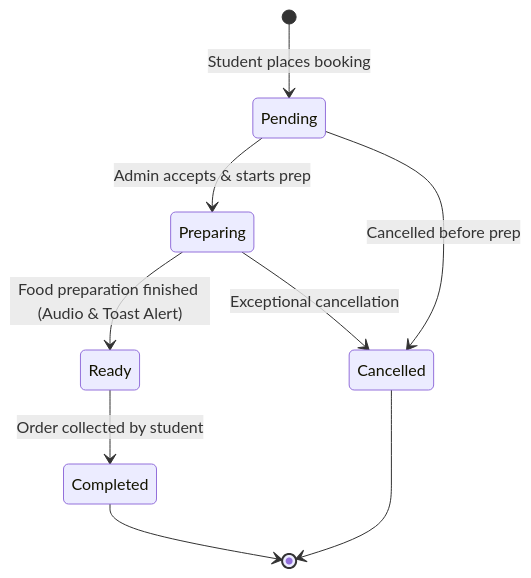
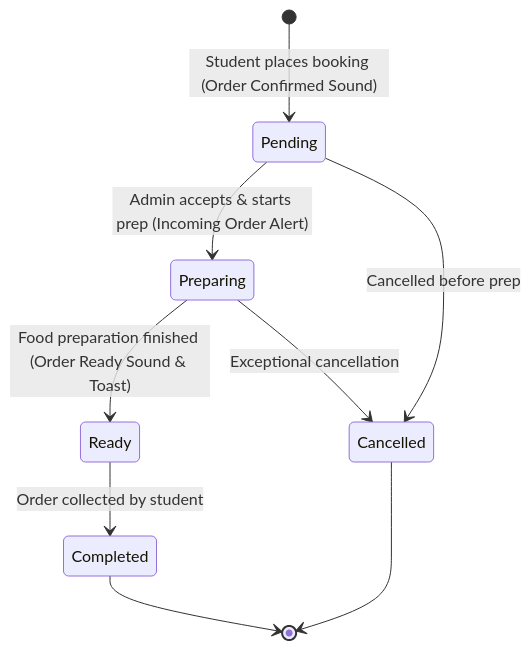
The second of 2 diagrams in README.md (Saranya03207/my-kiro-project), drawn with Mermaid before and after one commit. The commit also changed other lines of this file and 1 other file, not shown here.

Commit message:
docs: update README with admin sound notification and audio system architecture

````diff
--- a/README.md
+++ b/README.md
@@ -113,11 +113,11 @@
 ```mermaid
 stateDiagram-v2
-    [*] --> Pending: Student places booking
-    Pending --> Preparing: Admin accepts & starts prep
+    [*] --> Pending: Student places booking (Order Confirmed Sound)
+    Pending --> Preparing: Admin accepts & starts prep (Incoming Order Alert)
     Pending --> Cancelled: Cancelled before prep
-    Preparing --> Ready: Food preparation finished (Audio & Toast Alert)
+    Preparing --> Ready: Food preparation finished (Order Ready Sound & Toast)
     Preparing --> Cancelled: Exceptional cancellation
     Ready --> Completed: Order collected by student
     Completed --> [*]
     Cancelled --> [*]
 ```
````
